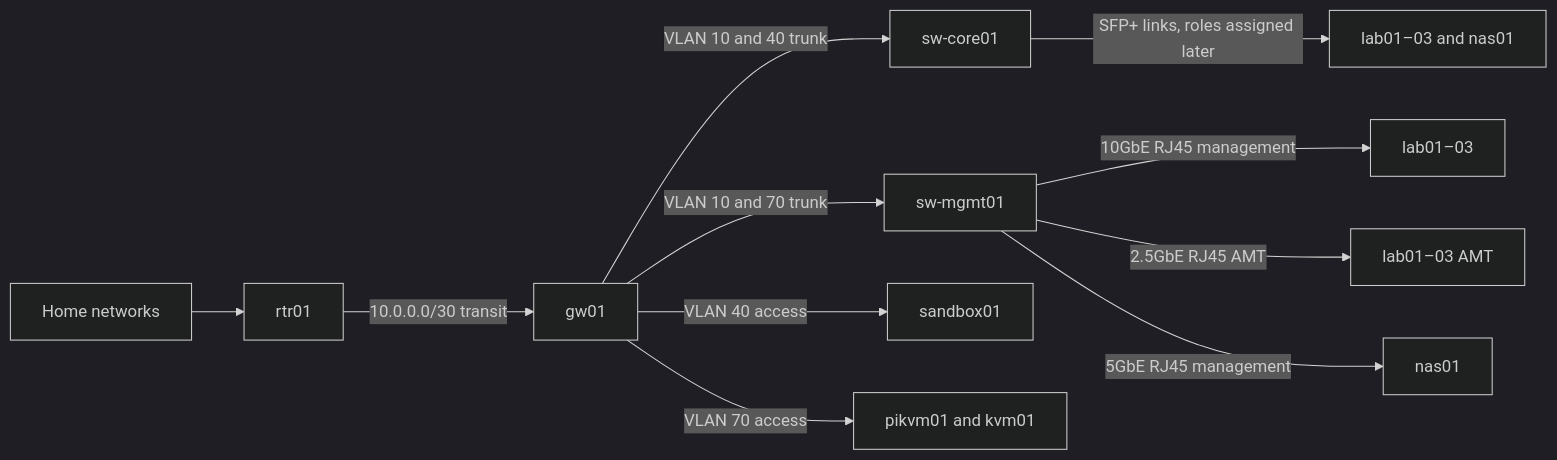
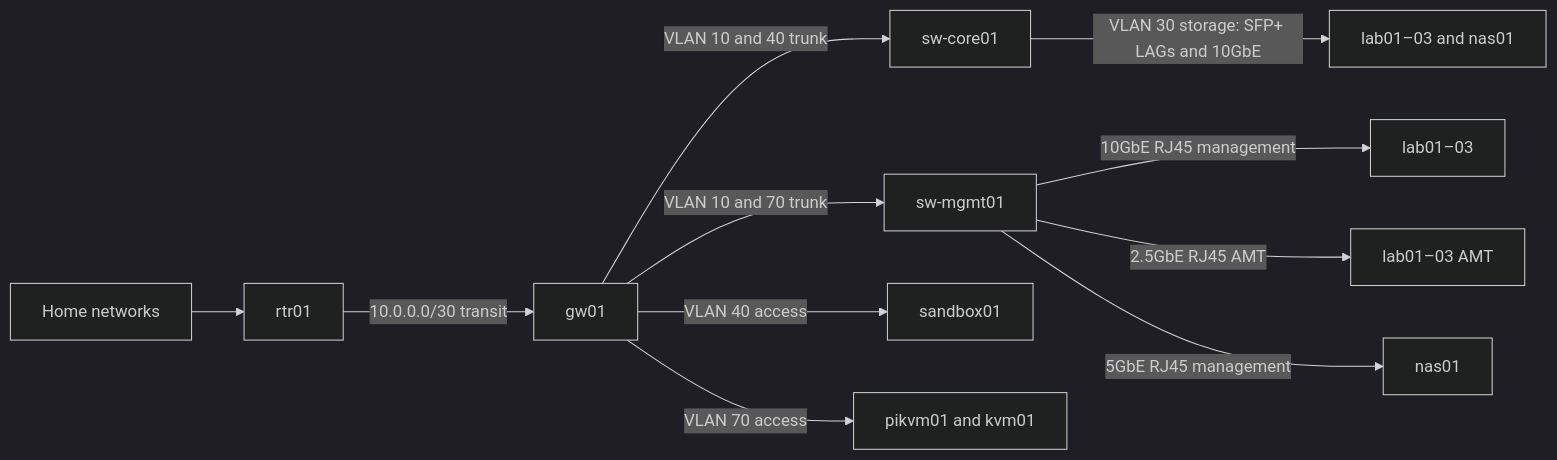
The diagram in docs/docs/designs/lab-v2-core-network.md (GilmanLab/root), drawn with Mermaid (dark theme) before and after one commit. The commit also changed other lines of this file and 1 other file, not shown here.

Commit message:
docs(networking): add VLAN 30 storage network to address plan and design (#23)

````diff
--- a/docs/docs/designs/lab-v2-core-network.md
+++ b/docs/docs/designs/lab-v2-core-network.md
@@ -68,13 +68,13 @@
 ```mermaid
 flowchart LR
     HOME[Home networks] --> RTR[rtr01]
     RTR -->|10.0.0.0/30 transit| GW[gw01]
     GW -->|VLAN 10 and 40 trunk| CORE[sw-core01]
-    CORE -->|SFP+ links, roles assigned later| HOSTS[lab01–03 and nas01]
+    CORE -->|VLAN 30 storage: SFP+ LAGs and 10GbE| HOSTS[lab01–03 and nas01]
     GW -->|VLAN 10 and 70 trunk| MGMT[sw-mgmt01]
     MGMT -->|10GbE RJ45 management| NODES[lab01–03]
     MGMT -->|2.5GbE RJ45 AMT| AMT[lab01–03 AMT]
     MGMT -->|5GbE RJ45 management| NAS[nas01]
     GW -->|VLAN 40 access| SANDBOX[sandbox01]
     GW -->|VLAN 70 access| OOB[pikvm01 and kvm01]
 ```
````
